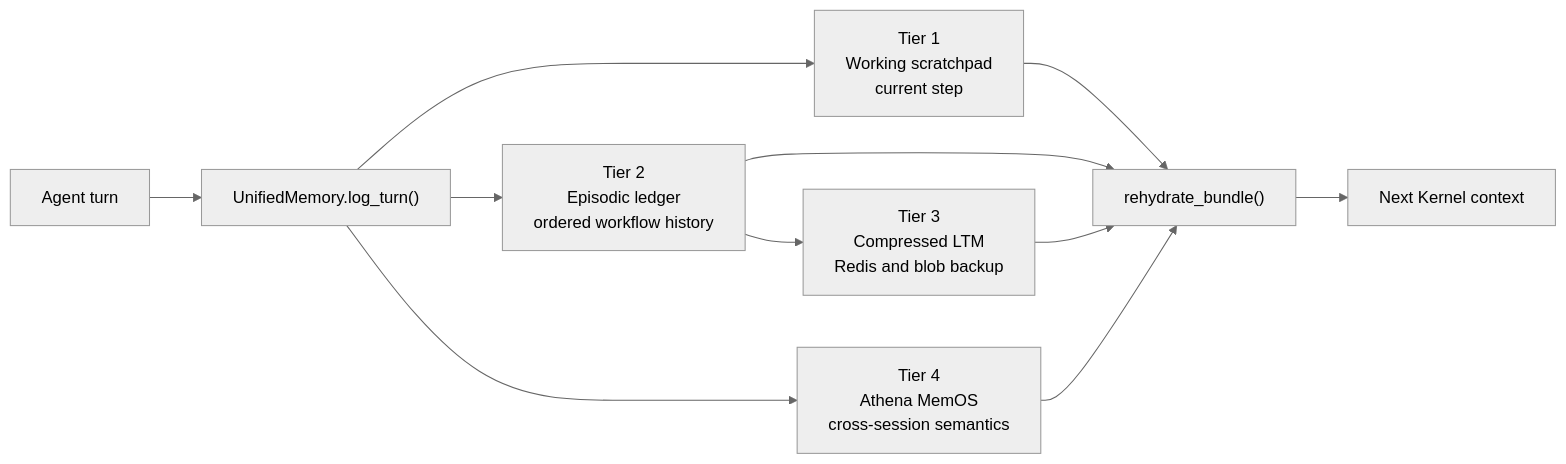
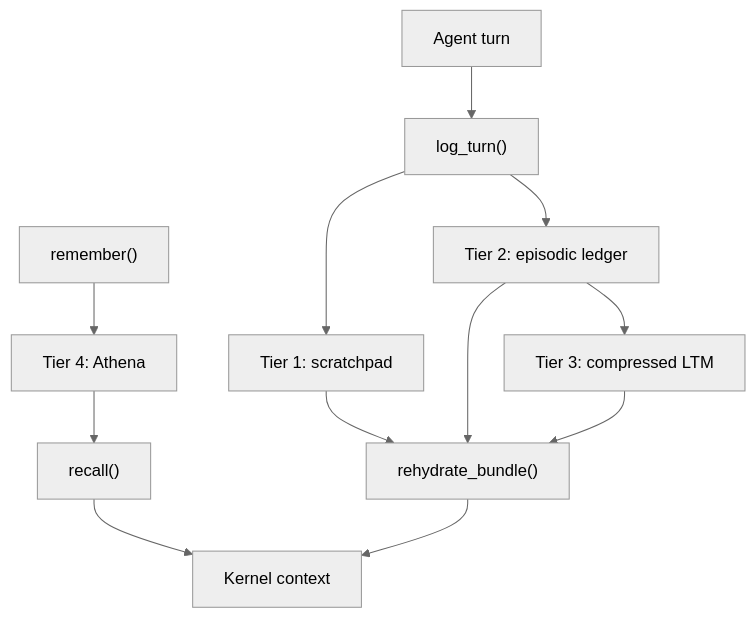
One commit to Prescott-Data/jarviscore-framework changed the diagram in jarviscore/docs/concepts/memory.md. Above: the diagram before and after it, drawn with Mermaid (neutral theme). The commit also changed other lines of this file and 6 other files, not shown here.

First line of the commit message:
docs: memory in a room, running Athena correctly, spending and audit

````diff
--- a/jarviscore/docs/concepts/memory.md
+++ b/jarviscore/docs/concepts/memory.md
@@ -17,14 +17,14 @@
 ```mermaid
-flowchart LR
-    Turn["Agent turn"] --> Log["UnifiedMemory.log_turn()"]
-    Log --> Scratch["Tier 1<br/>Working scratchpad<br/>current step"]
-    Log --> Episodic["Tier 2<br/>Episodic ledger<br/>ordered workflow history"]
-    Episodic --> Compress["Tier 3<br/>Compressed LTM<br/>Redis and blob backup"]
-    Log --> Athena["Tier 4<br/>Athena MemOS<br/>cross-session semantics"]
-
+flowchart TB
+    Turn["Agent turn"] --> Log["log_turn()"]
+    Log --> Scratch["Tier 1: scratchpad"]
+    Log --> Episodic["Tier 2: episodic ledger"]
+    Episodic --> Compress["Tier 3: compressed LTM"]
+    Keep["remember()"] --> Athena["Tier 4: Athena"]
+    Athena --> Recall["recall()"]
     Scratch --> Rehydrate["rehydrate_bundle()"]
     Episodic --> Rehydrate
     Compress --> Rehydrate
-    Athena --> Rehydrate
-    Rehydrate --> Context["Next Kernel context"]
+    Recall --> Context["Kernel context"]
+    Rehydrate --> Context
 ```
````
